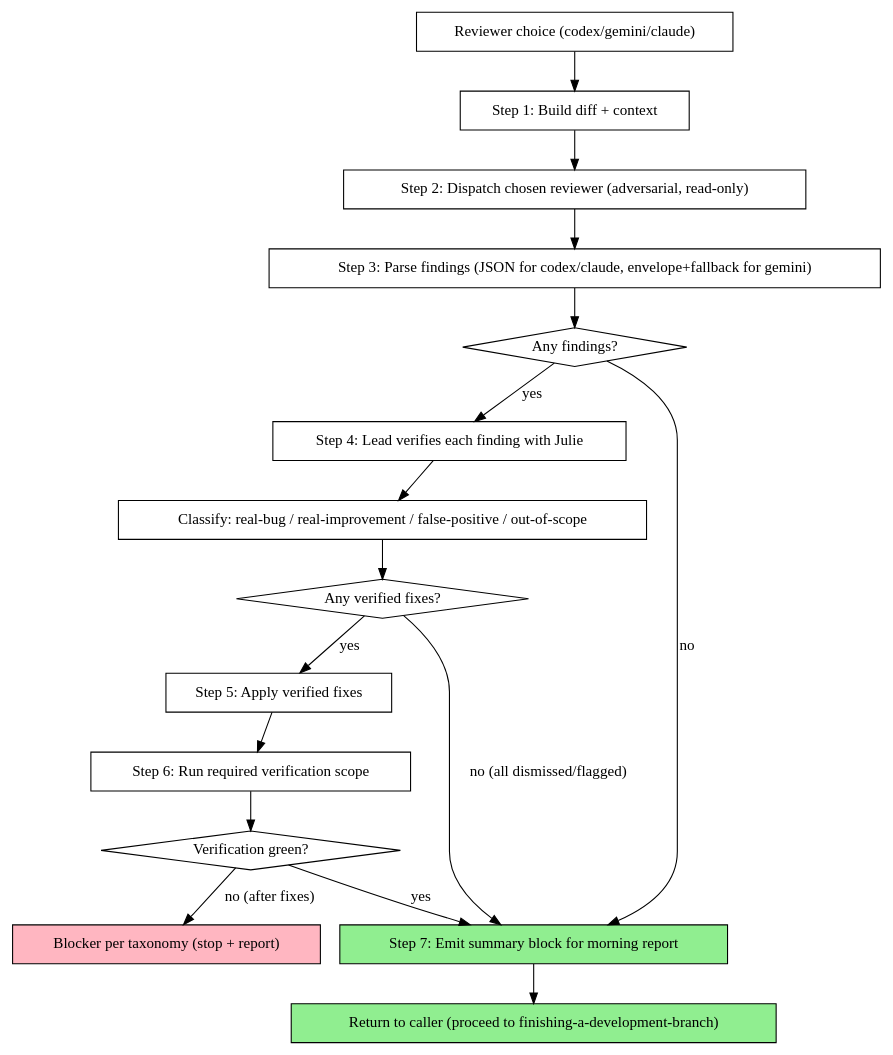
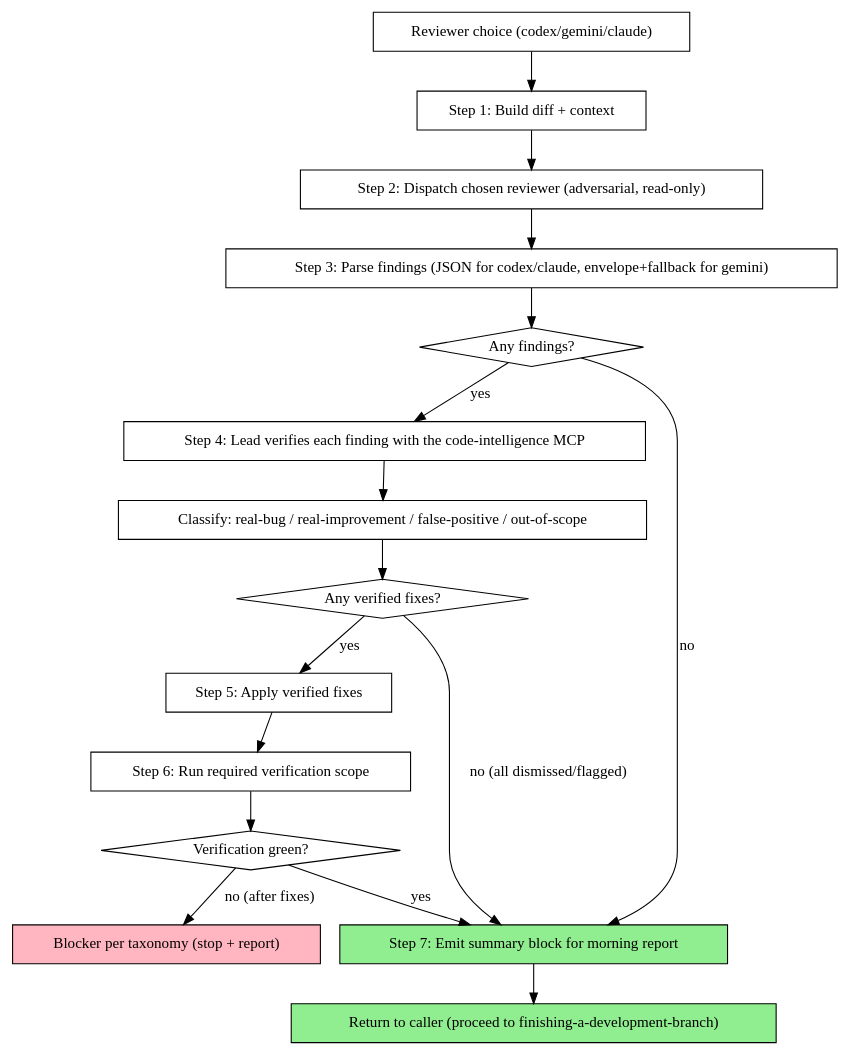
Before and after one commit to anortham/razorback: the diagram in skills/pre-merge-review/SKILL.md, drawn with Graphviz. The commit also changed other lines of this file and 37 other files, not shown here.

First line of the commit message:
release: 0.15.0 dual julie/miller code-intelligence MCP support

````diff
--- a/skills/pre-merge-review/SKILL.md
+++ b/skills/pre-merge-review/SKILL.md
@@ -33,36 +33,36 @@
 ```dot
 digraph pre_merge_review {
     rankdir=TB;
 
     "Reviewer choice (codex/gemini/claude)" [shape=box];
     "Step 1: Build diff + context" [shape=box];
     "Step 2: Dispatch chosen reviewer (adversarial, read-only)" [shape=box];
     "Step 3: Parse findings (JSON for codex/claude, envelope+fallback for gemini)" [shape=box];
     "Any findings?" [shape=diamond];
-    "Step 4: Lead verifies each finding with Julie" [shape=box];
+    "Step 4: Lead verifies each finding with the code-intelligence MCP" [shape=box];
     "Classify: real-bug / real-improvement / false-positive / out-of-scope" [shape=box];
     "Any verified fixes?" [shape=diamond];
     "Step 5: Apply verified fixes" [shape=box];
     "Step 6: Run required verification scope" [shape=box];
     "Verification green?" [shape=diamond];
     "Step 7: Emit summary block for morning report" [shape=box style=filled fillcolor=lightgreen];
     "Return to caller (proceed to finishing-a-development-branch)" [shape=box style=filled fillcolor=lightgreen];
     "Blocker per taxonomy (stop + report)" [shape=box style=filled fillcolor=lightpink];
 
     "Reviewer choice (codex/gemini/claude)" -> "Step 1: Build diff + context";
     "Step 1: Build diff + context" -> "Step 2: Dispatch chosen reviewer (adversarial, read-only)";
     "Step 2: Dispatch chosen reviewer (adversarial, read-only)" -> "Step 3: Parse findings (JSON for codex/claude, envelope+fallback for gemini)";
     "Step 3: Parse findings (JSON for codex/claude, envelope+fallback for gemini)" -> "Any findings?";
     "Any findings?" -> "Step 7: Emit summary block for morning report" [label="no"];
-    "Any findings?" -> "Step 4: Lead verifies each finding with Julie" [label="yes"];
-    "Step 4: Lead verifies each finding with Julie" -> "Classify: real-bug / real-improvement / false-positive / out-of-scope";
+    "Any findings?" -> "Step 4: Lead verifies each finding with the code-intelligence MCP" [label="yes"];
+    "Step 4: Lead verifies each finding with the code-intelligence MCP" -> "Classify: real-bug / real-improvement / false-positive / out-of-scope";
     "Classify: real-bug / real-improvement / false-positive / out-of-scope" -> "Any verified fixes?";
     "Any verified fixes?" -> "Step 7: Emit summary block for morning report" [label="no (all dismissed/flagged)"];
     "Any verified fixes?" -> "Step 5: Apply verified fixes" [label="yes"];
     "Step 5: Apply verified fixes" -> "Step 6: Run required verification scope";
     "Step 6: Run required verification scope" -> "Verification green?";
     "Verification green?" -> "Step 7: Emit summary block for morning report" [label="yes"];
     "Verification green?" -> "Blocker per taxonomy (stop + report)" [label="no (after fixes)"];
     "Step 7: Emit summary block for morning report" -> "Return to caller (proceed to finishing-a-development-branch)";
 }
 ```
````
